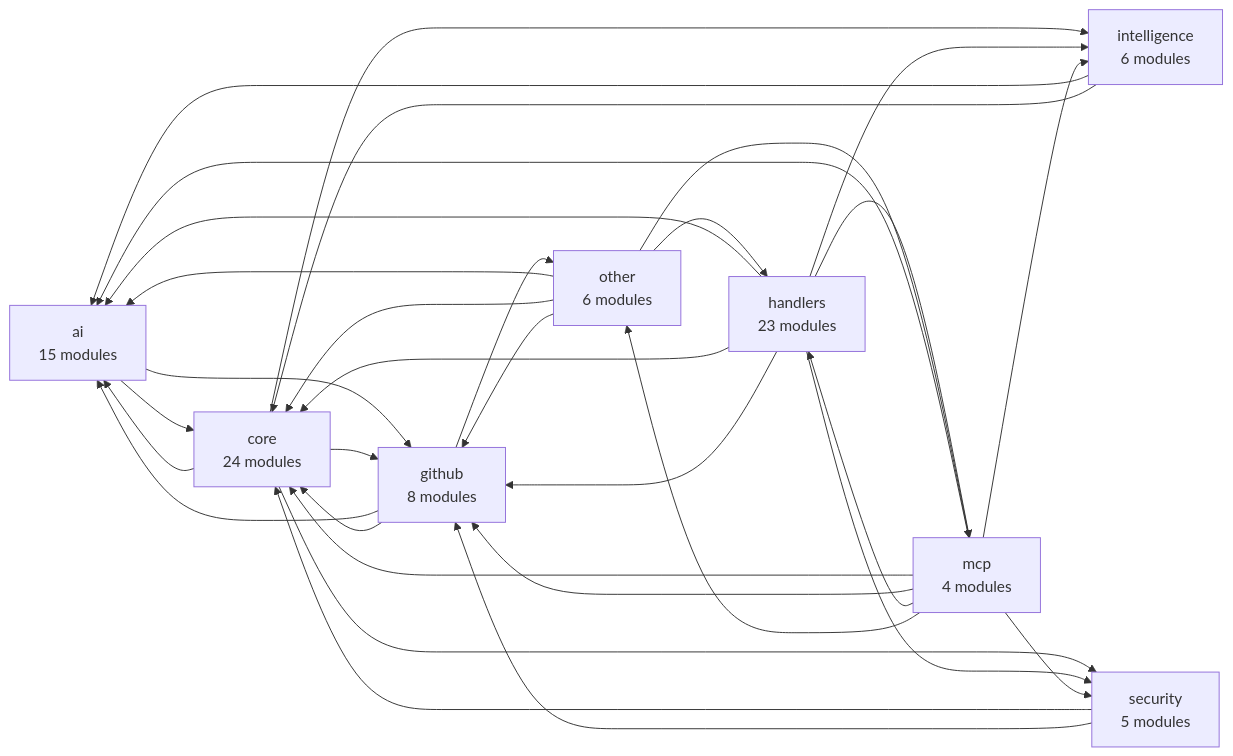
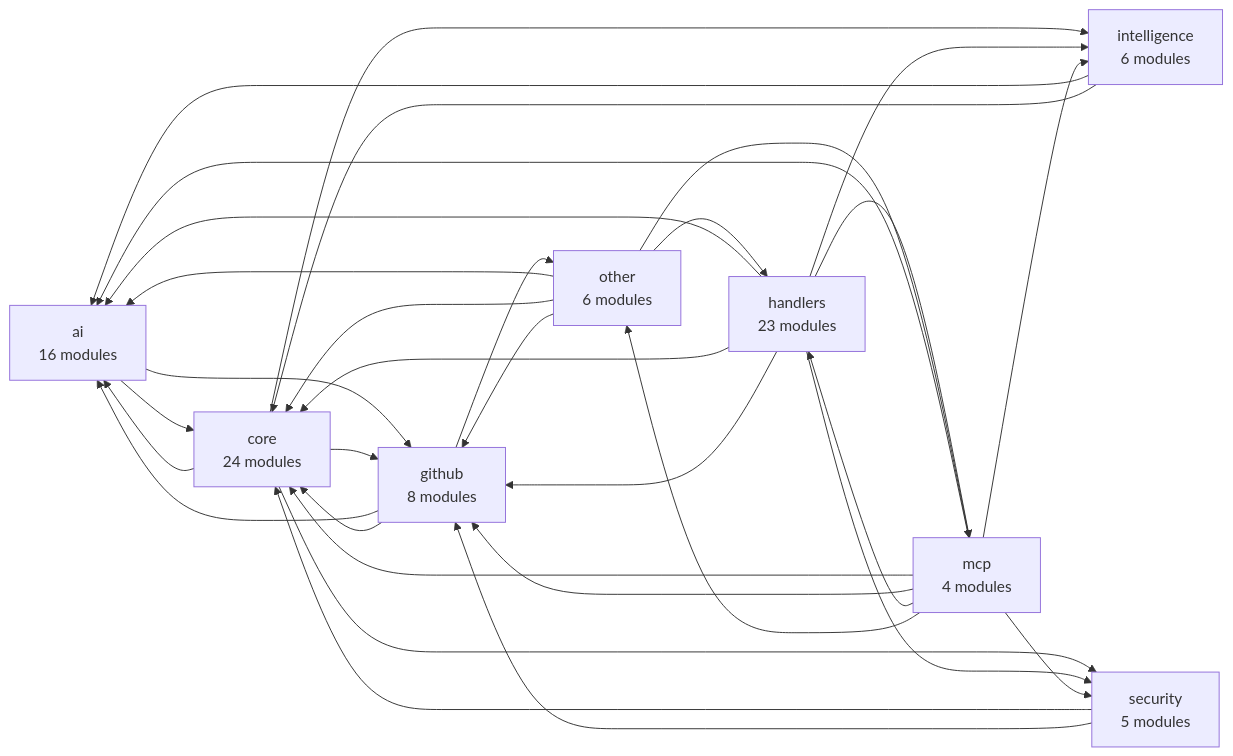
Before and after one commit to Shweta-Mishra-ai/github-autopilot: the second of 2 diagrams in README.md, drawn with Mermaid. The commit also changed other lines of this file and 10 other files, not shown here.

````diff
--- a/README.md
+++ b/README.md
@@ -225,42 +225,42 @@
 ```mermaid
 graph LR
-    ai["ai<br/>15 modules"]
+    ai["ai<br/>16 modules"]
     core["core<br/>24 modules"]
     github["github<br/>8 modules"]
     handlers["handlers<br/>23 modules"]
     intelligence["intelligence<br/>6 modules"]
     mcp["mcp<br/>4 modules"]
     other["other<br/>6 modules"]
     security["security<br/>5 modules"]
     ai --> core
     ai --> github
     core --> ai
     core --> github
     core --> intelligence
     core --> security
     github --> ai
     github --> core
     github --> other
     handlers --> ai
     handlers --> core
     handlers --> github
     handlers --> intelligence
     handlers --> mcp
     handlers --> security
     intelligence --> ai
     intelligence --> core
     mcp --> ai
     mcp --> core
     mcp --> github
     mcp --> handlers
     mcp --> intelligence
     mcp --> other
     mcp --> security
     other --> ai
     other --> core
     other --> github
     other --> handlers
     other --> mcp
     security --> core
     security --> github
 ```
````
